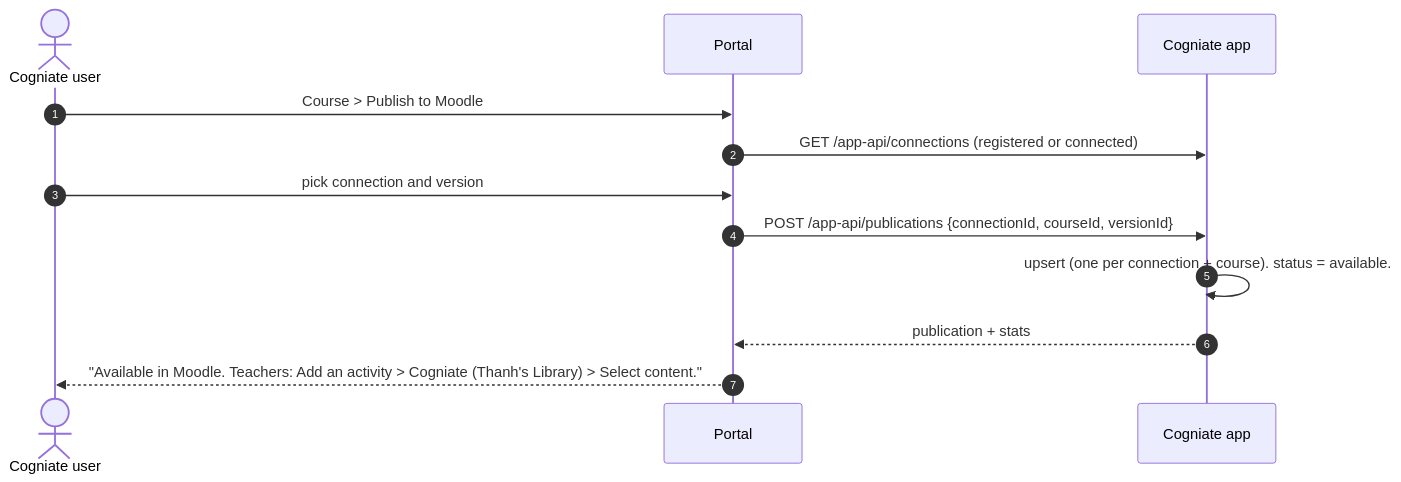
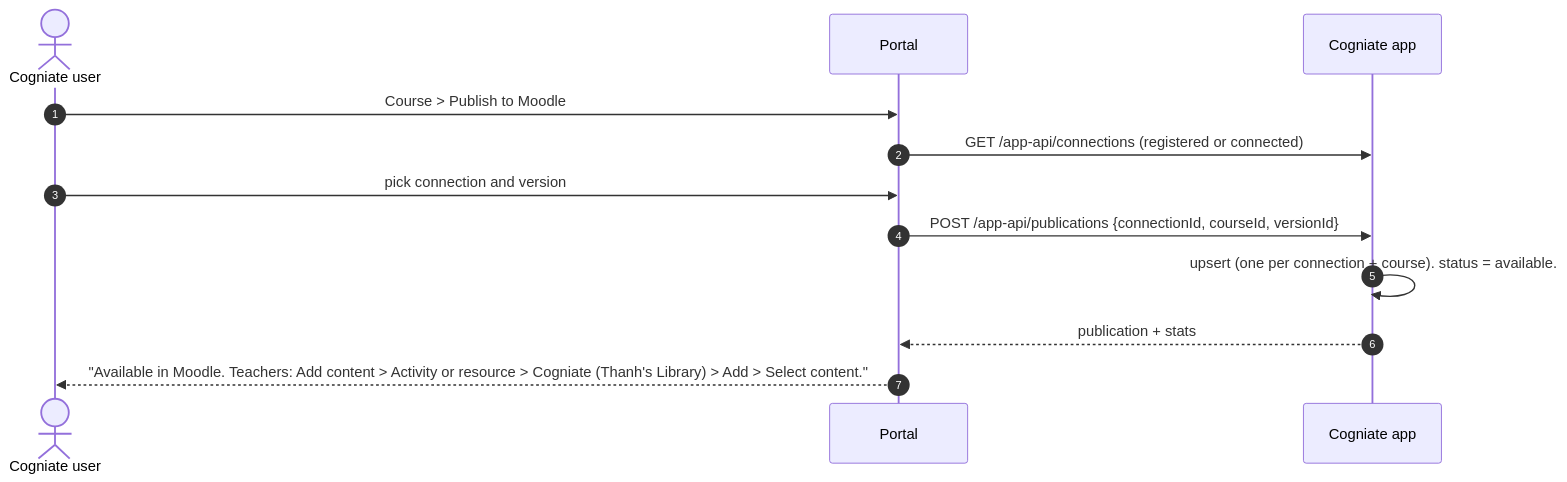
The sixth of 7 diagrams in docs/architecture/flows.md (nguyenthanhquang152/cogniate_moodle_integration_prototype), drawn with Mermaid before and after one commit. The commit also changed other lines of this file and 9 other files, not shown here.

Commit message:
Architect: T7 findings (exact Moodle grade option text, teacher path Add content → Activity or resource, Q17 HTML export overlay)

````diff
--- a/docs/architecture/flows.md
+++ b/docs/architecture/flows.md
@@ -202,14 +202,14 @@
 ```mermaid
 sequenceDiagram
     autonumber
     actor CU as Cogniate user
     participant P as Portal
     participant APP as Cogniate app
     CU->>P: Course > Publish to Moodle
     P->>APP: GET /app-api/connections (registered or connected)
     CU->>P: pick connection and version
     P->>APP: POST /app-api/publications {connectionId, courseId, versionId}
     APP->>APP: upsert (one per connection + course). status = available.
     APP-->>P: publication + stats
-    P-->>CU: "Available in Moodle. Teachers: Add an activity > Cogniate (Thanh's Library) > Select content."
+    P-->>CU: "Available in Moodle. Teachers: Add content > Activity or resource > Cogniate (Thanh's Library) > Add > Select content."
 ```
````
